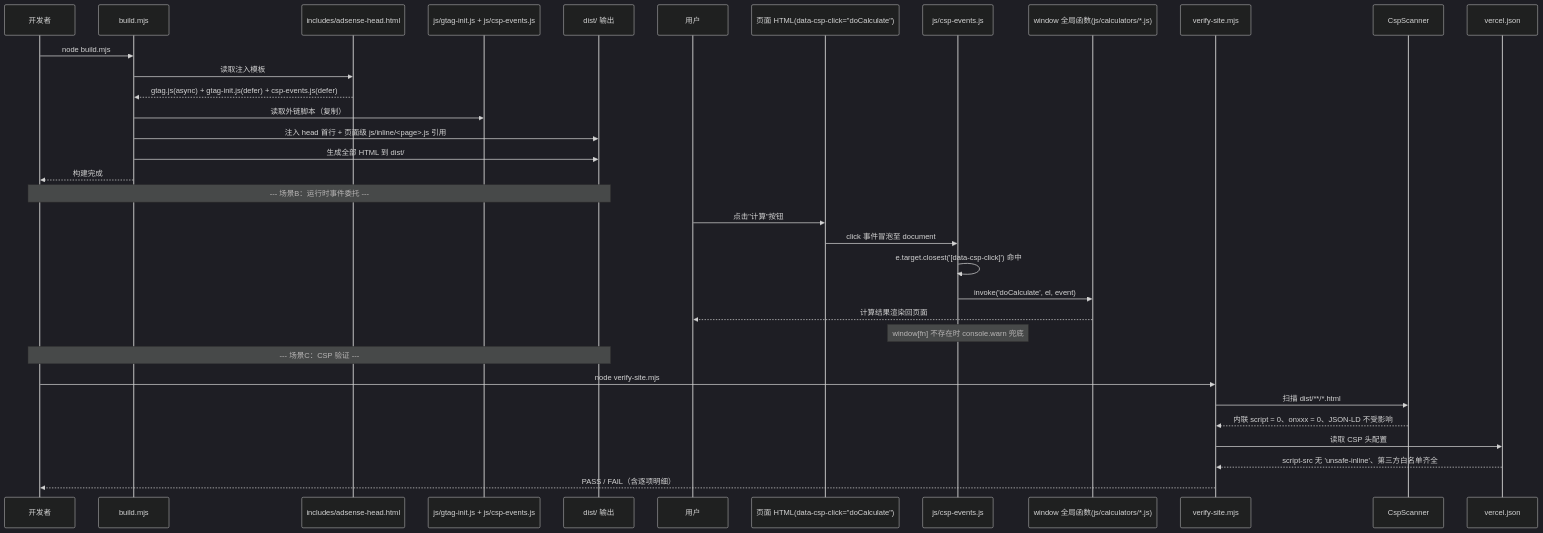
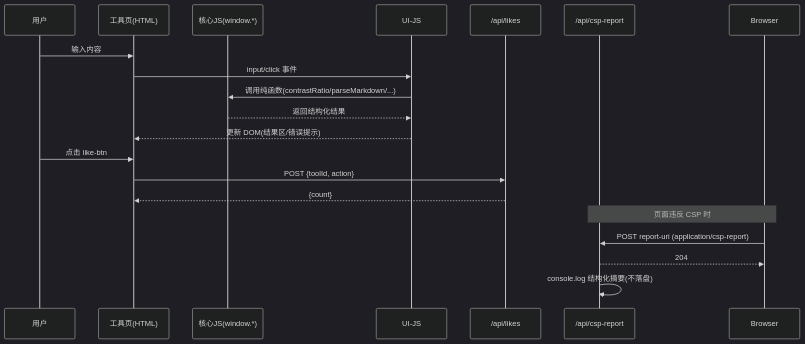
One commit to thin-Z/calc-tools-top changed the diagram in docs/sequence-diagram.mermaid. Above: the diagram before and after it, drawn with Mermaid (dark theme). The commit also changed 199 other files, not shown here.

Commit message:
feat(a11y+security): T04 - csp-report端点+单测+report-uri / skip-link+main id全站 / 30字段补aria-label / 断言[13] / 读屏测试模板

```diff
--- a/docs/sequence-diagram.mermaid
+++ b/docs/sequence-diagram.mermaid
@@ -1,38 +1,20 @@
 sequenceDiagram
-    participant D as 开发者
-    participant B as build.mjs
-    participant A as includes/adsense-head.html
-    participant I as js/gtag-init.js + js/csp-events.js
-    participant O as dist/ 输出
-    D->>B: node build.mjs
-    B->>A: 读取注入模板
-    A-->>B: gtag.js(async) + gtag-init.js(defer) + csp-events.js(defer)
-    B->>I: 读取外链脚本（复制）
-    B->>O: 注入 head 首行 + 页面级 js/inline/<page>.js 引用
-    B->>O: 生成全部 HTML 到 dist/
-    B-->>D: 构建完成
+    participant U as 用户
+    participant P as 工具页(HTML)
+    participant C as 核心JS(window.*)
+    participant UI as UI-JS
+    participant API as /api/likes
+    participant CSP as /api/csp-report
 
-    Note over D,O: --- 场景B：运行时事件委托 ---
-
-    participant U as 用户
-    participant P as 页面 HTML(data-csp-click="doCalculate")
-    participant E as js/csp-events.js
-    participant W as window 全局函数(js/calculators/*.js)
-    U->>P: 点击"计算"按钮
-    P->>E: click 事件冒泡至 document
-    E->>E: e.target.closest('[data-csp-click]') 命中
-    E->>W: invoke('doCalculate', el, event)
-    W-->>U: 计算结果渲染回页面
-    Note over E: window[fn] 不存在时 console.warn 兜底
-
-    Note over D,O: --- 场景C：CSP 验证 ---
-
-    participant V as verify-site.mjs
-    participant S as CspScanner
-    participant C as vercel.json
-    D->>V: node verify-site.mjs
-    V->>S: 扫描 dist/**/*.html
-    S-->>V: 内联 script = 0、onxxx = 0、JSON-LD 不受影响
-    V->>C: 读取 CSP 头配置
-    C-->>V: script-src 无 'unsafe-inline'、第三方白名单齐全
-    V-->>D: PASS / FAIL（含逐项明细）
+    U->>P: 输入内容
+    P->>UI: input/click 事件
+    UI->>C: 调用纯函数(contrastRatio/parseMarkdown/...)
+    C-->>UI: 返回结构化结果
+    UI-->>P: 更新 DOM(结果区/错误提示)
+    U->>P: 点击 like-btn
+    P->>API: POST {toolId, action}
+    API-->>P: {count}
+    Note over Browser,CSP: 页面违反 CSP 时
+    Browser->>CSP: POST report-uri (application/csp-report)
+    CSP-->>Browser: 204
+    CSP->>CSP: console.log 结构化摘要(不落盘)
```
